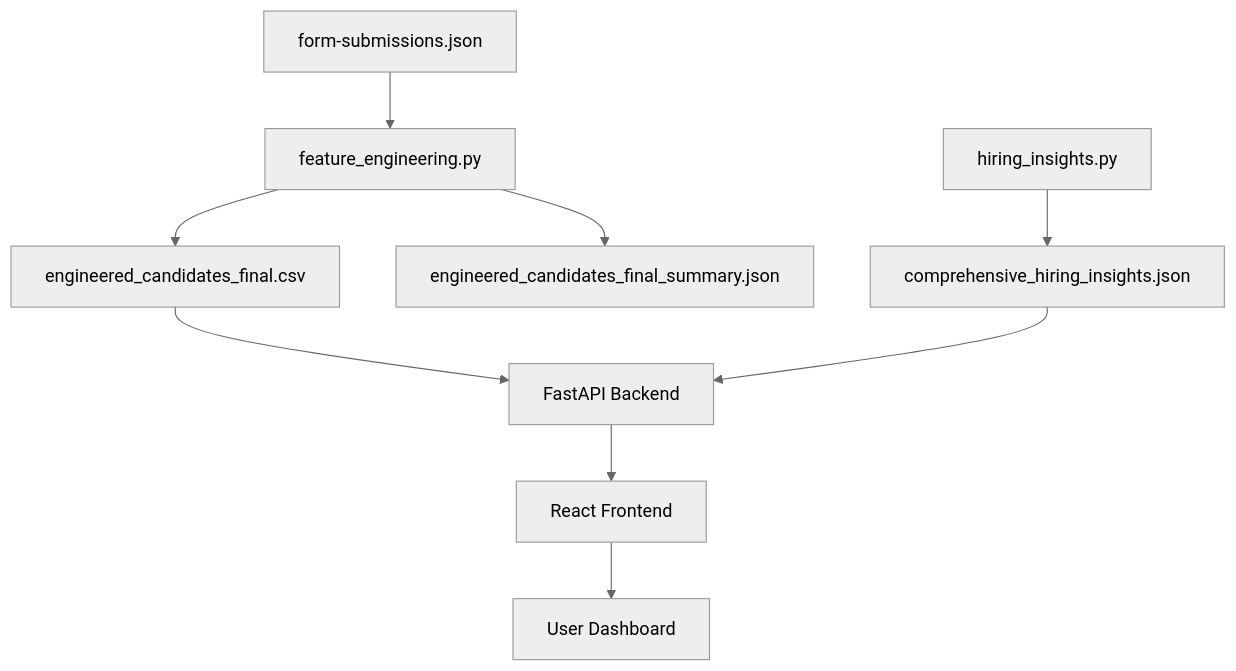
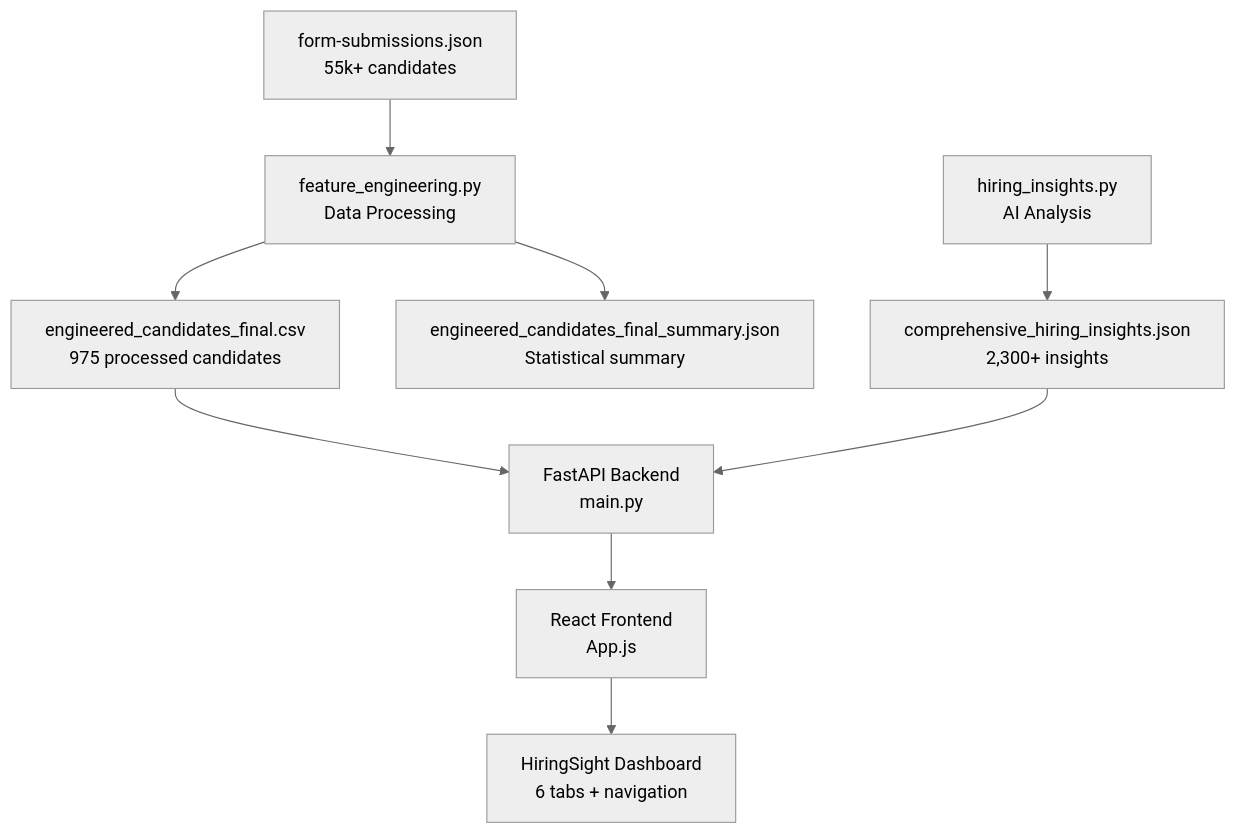
Before and after one commit to ayush1298/MercorTest: the diagram in README.md, drawn with Mermaid (neutral theme). The commit also changed other lines of this file and 18 other files, not shown here.

````diff
--- a/README.md
+++ b/README.md
@@ -150,11 +160,11 @@
 ```mermaid
 graph TD
-    A[form-submissions.json] --> B[feature_engineering.py]
-    B --> C[engineered_candidates_final.csv]
-    B --> D[engineered_candidates_final_summary.json]
-    E[hiring_insights.py] --> F[comprehensive_hiring_insights.json]
-    C --> G[FastAPI Backend]
+    A[form-submissions.json<br/>55k+ candidates] --> B[feature_engineering.py<br/>Data Processing]
+    B --> C[engineered_candidates_final.csv<br/>975 processed candidates]
+    B --> D[engineered_candidates_final_summary.json<br/>Statistical summary]
+    E[hiring_insights.py<br/>AI Analysis] --> F[comprehensive_hiring_insights.json<br/>2,300+ insights]
+    C --> G[FastAPI Backend<br/>main.py]
     F --> G
-    G --> H[React Frontend]
-    H --> I[User Dashboard]
+    G --> H[React Frontend<br/>App.js]
+    H --> I[HiringSight Dashboard<br/>6 tabs + navigation]
 ```
````
